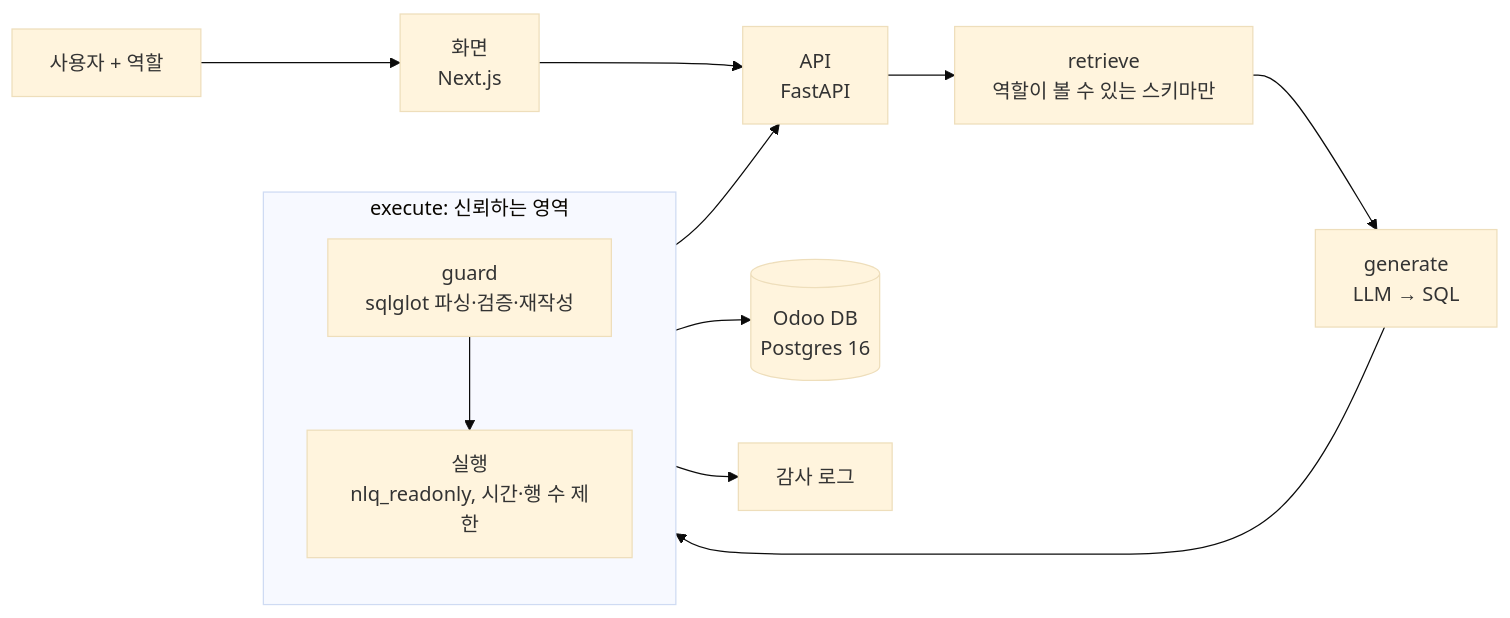
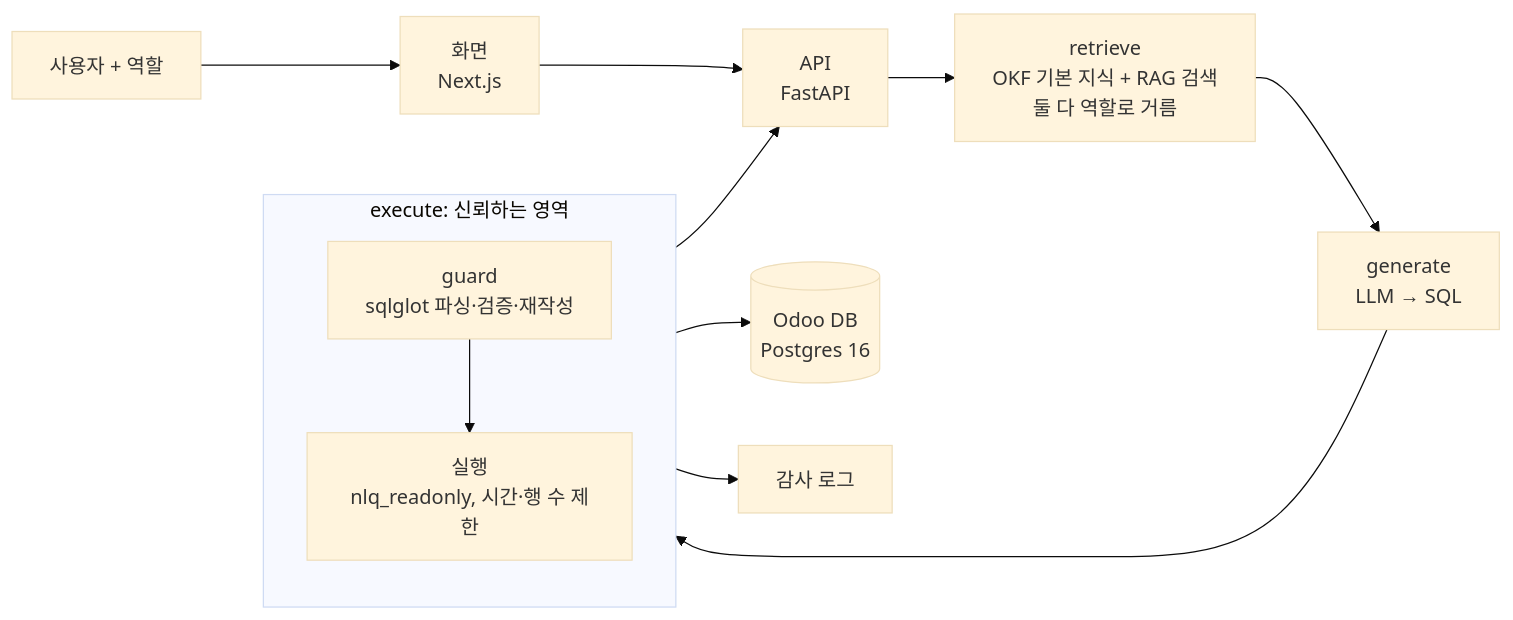
Before and after one commit to ppaapp220022/erp-nlq: the diagram in docs/architecture.md, drawn with Mermaid (base theme). The commit also changed other lines of this file and 1 other file, not shown here.

First line of the commit message:
docs: 도메인 지식을 OKF 묶음 + RAG 두 층으로 정리

````diff
--- a/docs/architecture.md
+++ b/docs/architecture.md
@@ -7,15 +7,15 @@
 ```mermaid
 flowchart LR
     U[사용자 + 역할] --> W[화면<br/>Next.js]
     W --> A[API<br/>FastAPI]
-    A --> R[retrieve<br/>역할이 볼 수 있는 스키마만]
+    A --> R[retrieve<br/>OKF 기본 지식 + RAG 검색<br/>둘 다 역할로 거름]
     R --> G[generate<br/>LLM → SQL]
     G --> E
     subgraph E[execute: 신뢰하는 영역]
         direction TB
         P[guard<br/>sqlglot 파싱·검증·재작성] --> X[실행<br/>nlq_readonly, 시간·행 수 제한]
     end
     E --> DB[(Odoo DB<br/>Postgres 16)]
     E --> L[감사 로그]
     E --> A
 ```
````
